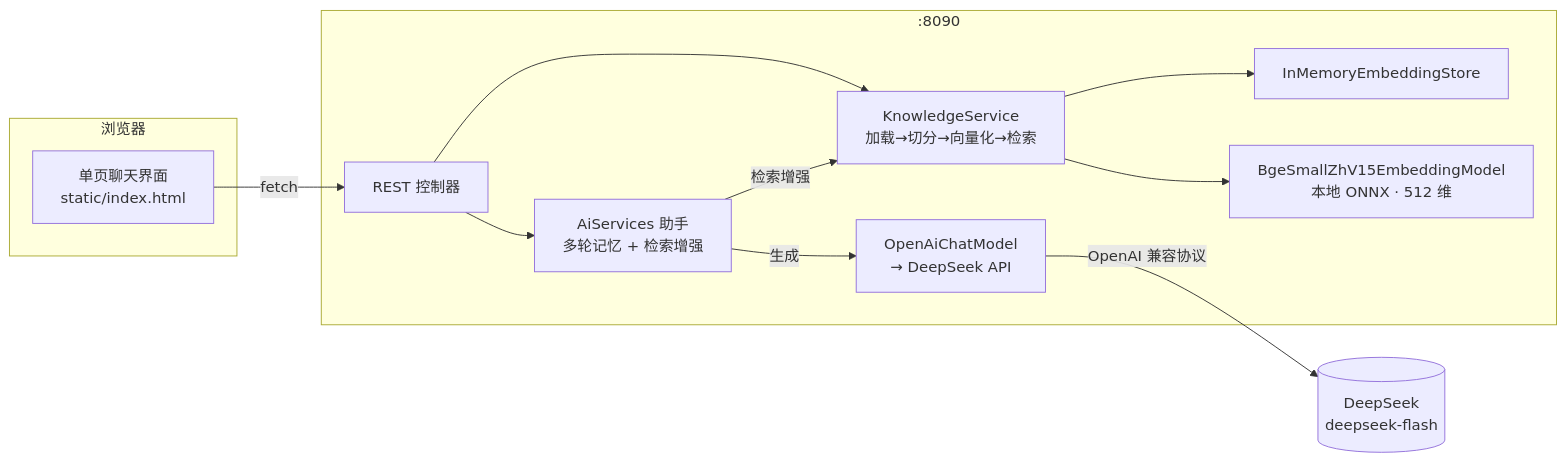
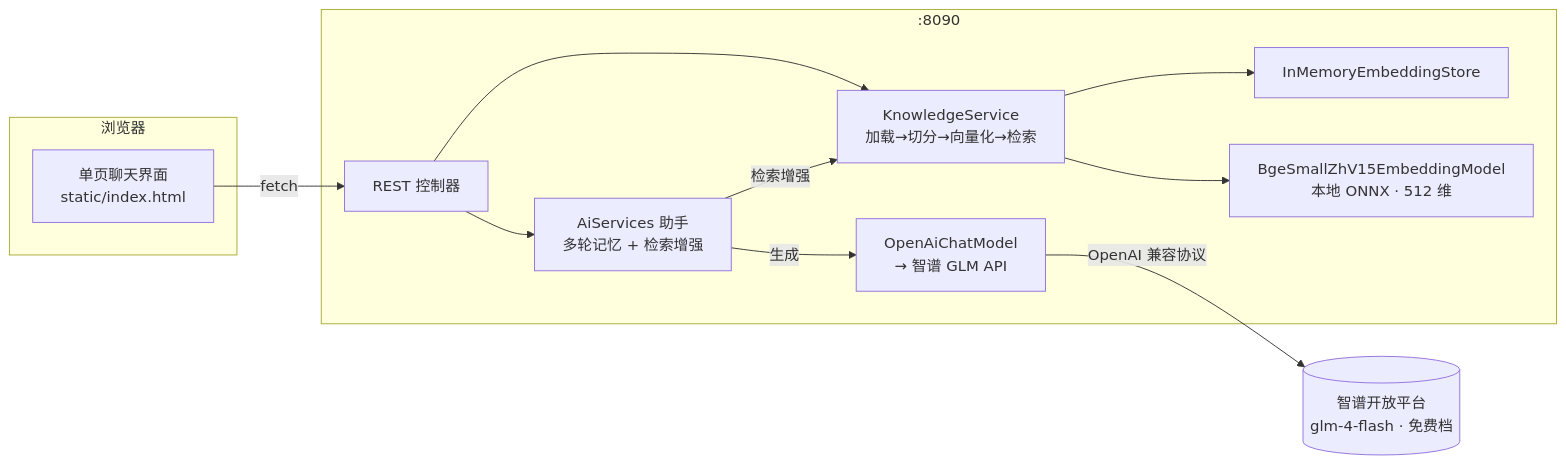
Before and after one commit to RelieveJoy/interview-copilot: the diagram in README.md, drawn with Mermaid. The commit also changed other lines of this file and 5 other files, not shown here.

First line of the commit message:
feat: LLM 从 DeepSeek 切换到智谱 GLM (glm-4-flash 免费档)

````diff
--- a/README.md
+++ b/README.md
@@ -22,22 +22,22 @@
 ```mermaid
 flowchart LR
     subgraph 浏览器
         UI[单页聊天界面<br/>static/index.html]
     end
     subgraph Spring Boot[:8090]
         C[REST 控制器]
         A[AiServices 助手<br/>多轮记忆 + 检索增强]
         KS[KnowledgeService<br/>加载→切分→向量化→检索]
         ES[InMemoryEmbeddingStore]
         EM[BgeSmallZhV15EmbeddingModel<br/>本地 ONNX · 512 维]
-        LLM[OpenAiChatModel<br/>→ DeepSeek API]
+        LLM[OpenAiChatModel<br/>→ 智谱 GLM API]
     end
-    DS[(DeepSeek<br/>deepseek-flash)]
+    ZP[(智谱开放平台<br/>glm-4-flash · 免费档)]
 
     UI -->|fetch| C --> A
     C --> KS
     KS --> EM
     KS --> ES
     A -->|检索增强| KS
-    A -->|生成| LLM -->|OpenAI 兼容协议| DS
+    A -->|生成| LLM -->|OpenAI 兼容协议| ZP
 ```
````
